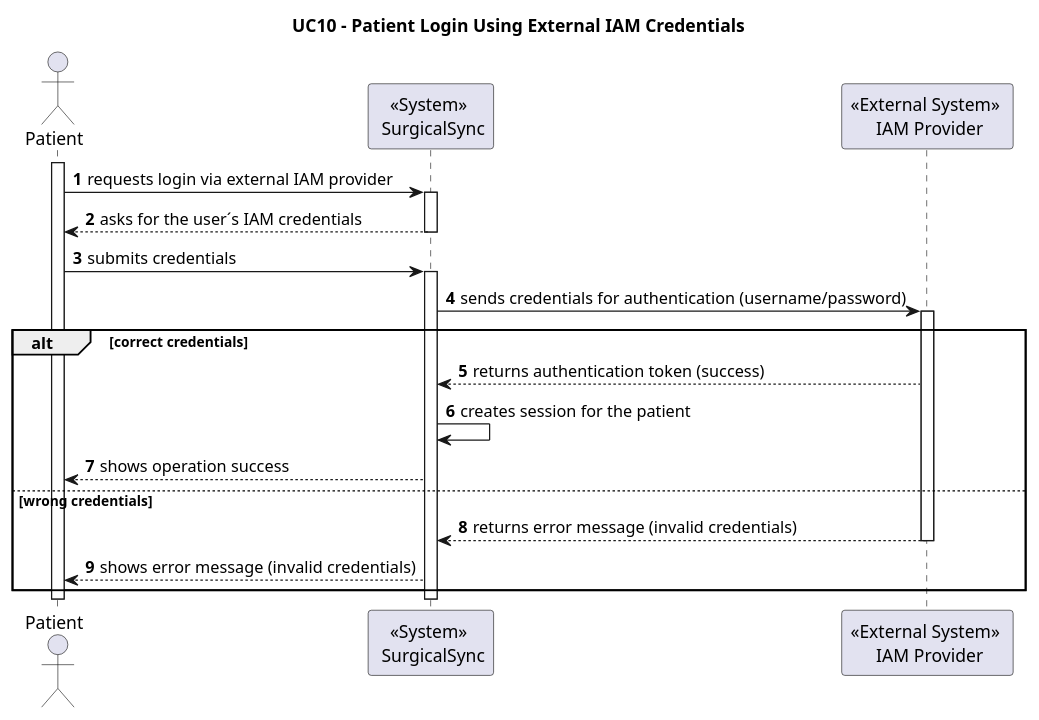
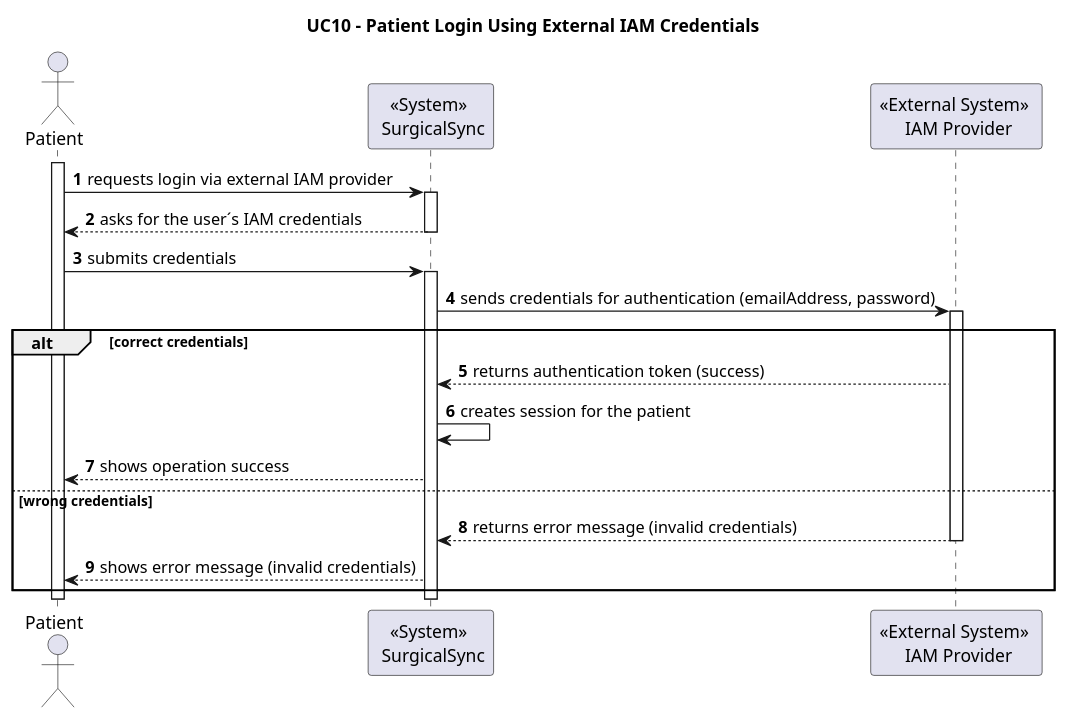
One commit to MiguelCardoso77/SurgicalSync-BackEnd changed the diagram in Wiki/SprintA/diagrams/use-cases/10-log-in-to-the-system-using-the-IAM-credentials/level1/process-view.puml. Above: the diagram before and after it, drawn with PlantUML. The commit also changed 9 other files, not shown here.

Commit message:
#7 - Documentation for "log in to the system using the IAM credentials"

```diff
--- a/Wiki/SprintA/diagrams/use-cases/10-log-in-to-the-system-using-the-IAM-credentials/level1/process-view.puml
+++ b/Wiki/SprintA/diagrams/use-cases/10-log-in-to-the-system-using-the-IAM-credentials/level1/process-view.puml
@@ -1,47 +1,47 @@
 @startuml
 autonumber
 
 Title "UC10 - Patient Login Using External IAM Credentials"
 
 actor "Patient" as P
 participant "<<System>> \n SurgicalSync" as SYSTEM
 participant "<<External System>> \n IAM Provider" as IAM
 
 activate P 
 
 P -> SYSTEM: requests login via external IAM provider
 
     activate SYSTEM
     
     SYSTEM --> P: asks for the user´s IAM credentials
     
     deactivate SYSTEM
     
 P -> SYSTEM: submits credentials
 
     activate SYSTEM
 
-    SYSTEM -> IAM: sends credentials for authentication (username/password)
+    SYSTEM -> IAM: sends credentials for authentication (emailAddress, password)
     
     activate IAM
 
     alt correct credentials
         IAM --> SYSTEM: returns authentication token (success)
                 
         SYSTEM -> SYSTEM: creates session for the patient
         
         SYSTEM --> P: shows operation success
 
     else wrong credentials
         IAM --> SYSTEM: returns error message (invalid credentials)
         deactivate IAM
 
         SYSTEM --> P: shows error message (invalid credentials)
 
     end
 
     deactivate SYSTEM
 
 deactivate P
 
 @enduml
```
